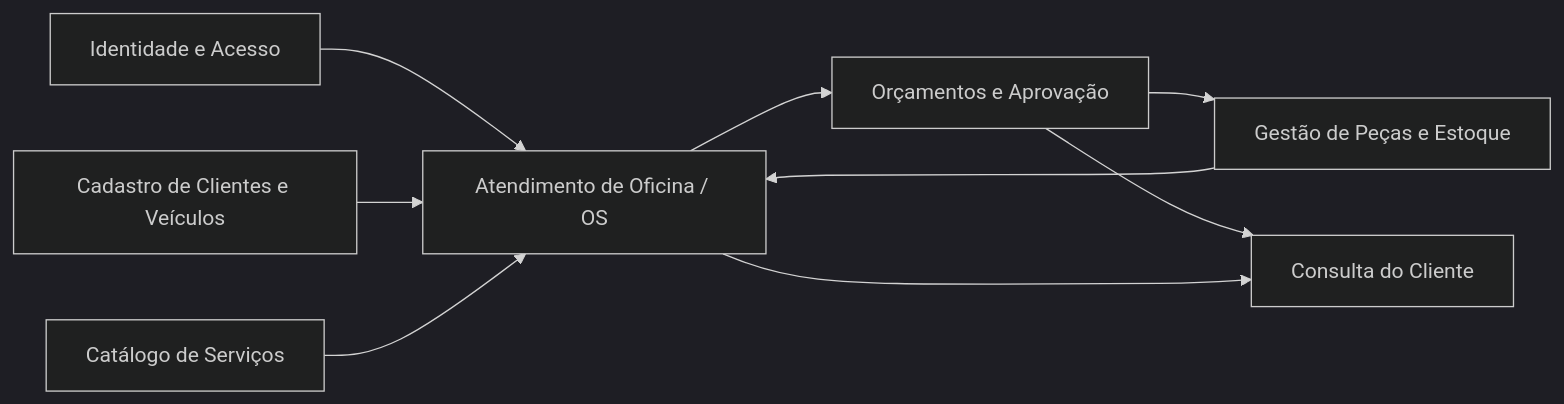
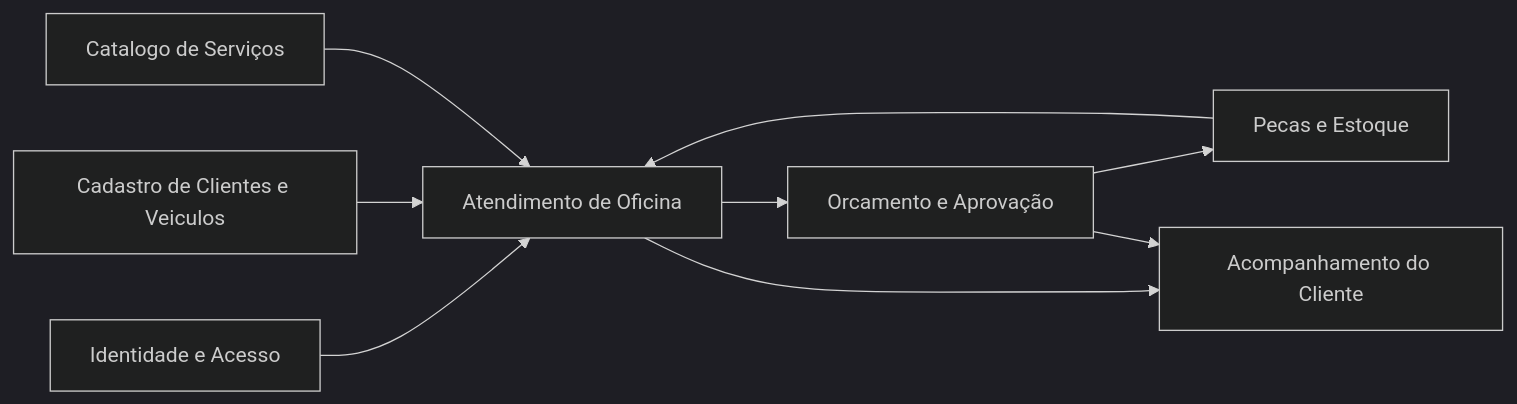
Before and after one commit to yxsbx/SOAT-FIAP: the first of 4 diagrams in docs/DDD_DOCUMENTATION.md, drawn with Mermaid (dark theme). The commit also changed other lines of this file and 34 other files, not shown here.

````diff
--- a/docs/DDD_DOCUMENTATION.md
+++ b/docs/DDD_DOCUMENTATION.md
@@ -453,19 +341,19 @@
 ```mermaid
 flowchart LR
     IA["Identidade e Acesso"]
-    CV["Cadastro de Clientes e Veículos"]
-    CS["Catálogo de Serviços"]
-    PE["Gestão de Peças e Estoque"]
-    OS["Atendimento de Oficina / OS"]
-    ORC["Orçamentos e Aprovação"]
-    CLI["Consulta do Cliente"]
+    CAD["Cadastro de Clientes e Veiculos"]
+    CAT["Catalogo de Serviços"]
+    EST["Pecas e Estoque"]
+    OS["Atendimento de Oficina"]
+    ORC["Orcamento e Aprovação"]
+    CLI["Acompanhamento do Cliente"]
 
     IA --> OS
-    CV --> OS
-    CS --> OS
-    PE --> OS
+    CAD --> OS
+    CAT --> OS
+    EST --> OS
     OS --> ORC
-    ORC --> PE
+    ORC --> EST
+    OS --> CLI
     ORC --> CLI
-    OS --> CLI
 ```
````
